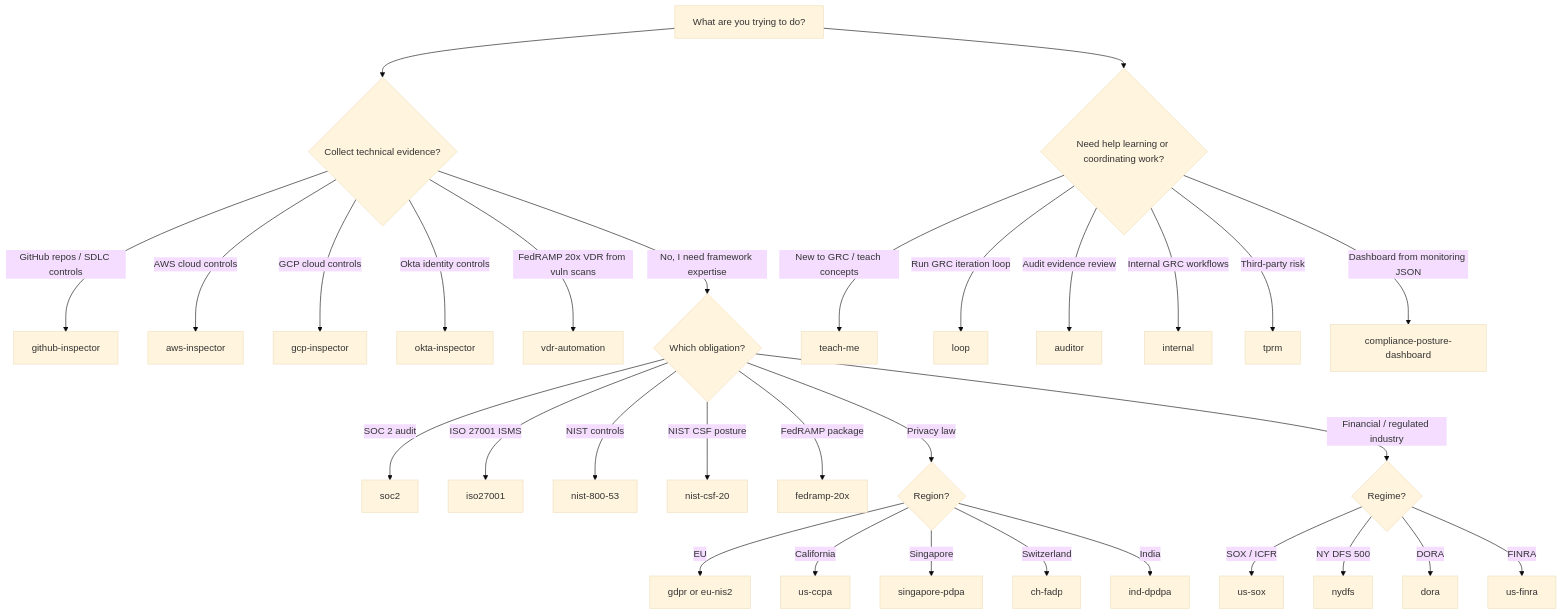
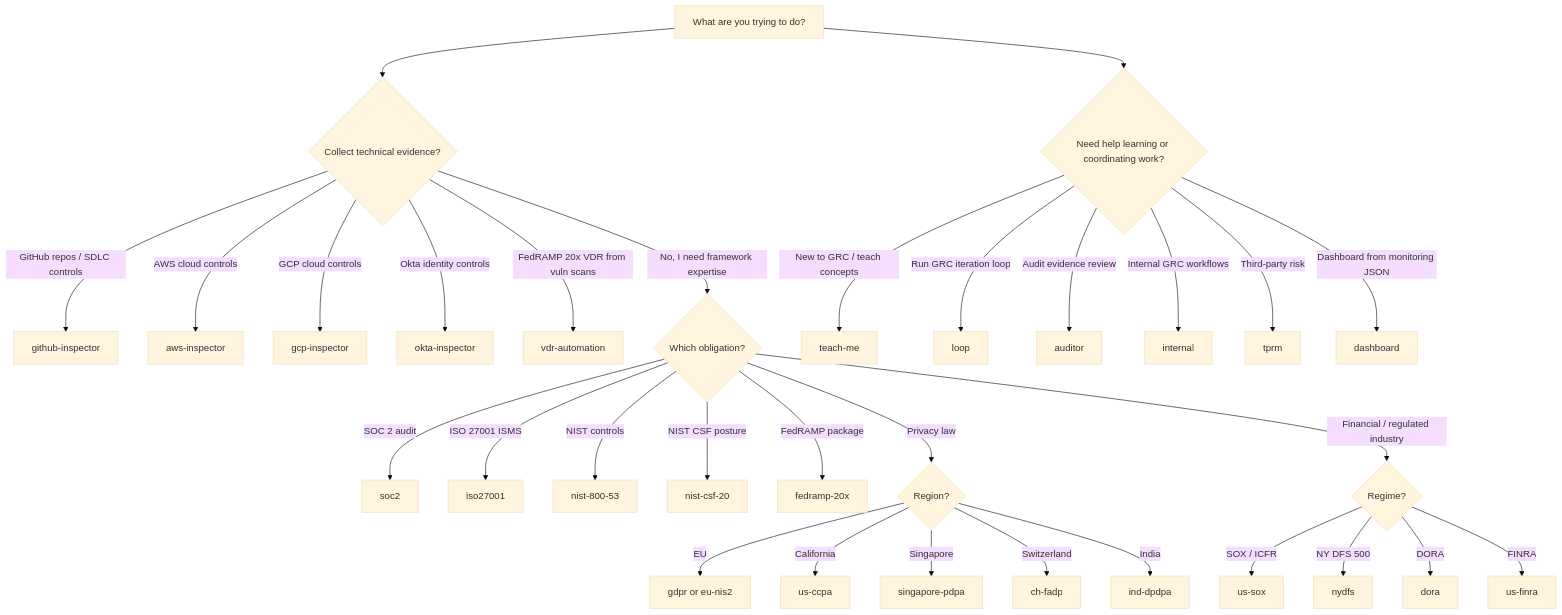
One commit to GRCEngClub/claude-grc-engineering changed the diagram in docs/QUICKSTART.md. Above: the diagram before and after it, drawn with Mermaid (base theme). The commit also changed 15 other files, not shown here.

First line of the commit message:
refactor!: rename compliance-posture-dashboard to dashboard (#303)

````diff
--- a/docs/QUICKSTART.md
+++ b/docs/QUICKSTART.md
@@ -39,37 +39,37 @@
 ```mermaid
 flowchart TD
     A[What are you trying to do?] --> B{Collect technical evidence?}
     B -->|GitHub repos / SDLC controls| GH[github-inspector]
     B -->|AWS cloud controls| AWS[aws-inspector]
     B -->|GCP cloud controls| GCP[gcp-inspector]
     B -->|Okta identity controls| OKTA[okta-inspector]
     B -->|FedRAMP 20x VDR from vuln scans| VDR[vdr-automation]
     B -->|No, I need framework expertise| C{Which obligation?}
 
     C -->|SOC 2 audit| SOC2[soc2]
     C -->|ISO 27001 ISMS| ISO[iso27001]
     C -->|NIST controls| NIST[nist-800-53]
     C -->|NIST CSF posture| CSF[nist-csf-20]
     C -->|FedRAMP package| FED[fedramp-20x]
     C -->|Privacy law| PRIV{Region?}
     C -->|Financial / regulated industry| FIN{Regime?}
 
     PRIV -->|EU| GDPR[gdpr or eu-nis2]
     PRIV -->|California| CCPA[us-ccpa]
     PRIV -->|Singapore| PDPA[singapore-pdpa]
     PRIV -->|Switzerland| FADP[ch-fadp]
     PRIV -->|India| DPDPA[ind-dpdpa]
 
     FIN -->|SOX / ICFR| SOX[us-sox]
     FIN -->|NY DFS 500| NYDFS[nydfs]
     FIN -->|DORA| DORA[dora]
     FIN -->|FINRA| FINRA[us-finra]
 
     A --> D{Need help learning or coordinating work?}
     D -->|New to GRC / teach concepts| TEACH[teach-me]
     D -->|Run GRC iteration loop| LOOP[loop]
     D -->|Audit evidence review| AUDIT[auditor]
     D -->|Internal GRC workflows| INTERNAL[internal]
     D -->|Third-party risk| TPRM[tprm]
-    D -->|Dashboard from monitoring JSON| DASH[compliance-posture-dashboard]
+    D -->|Dashboard from monitoring JSON| DASH[dashboard]
 ```
````
